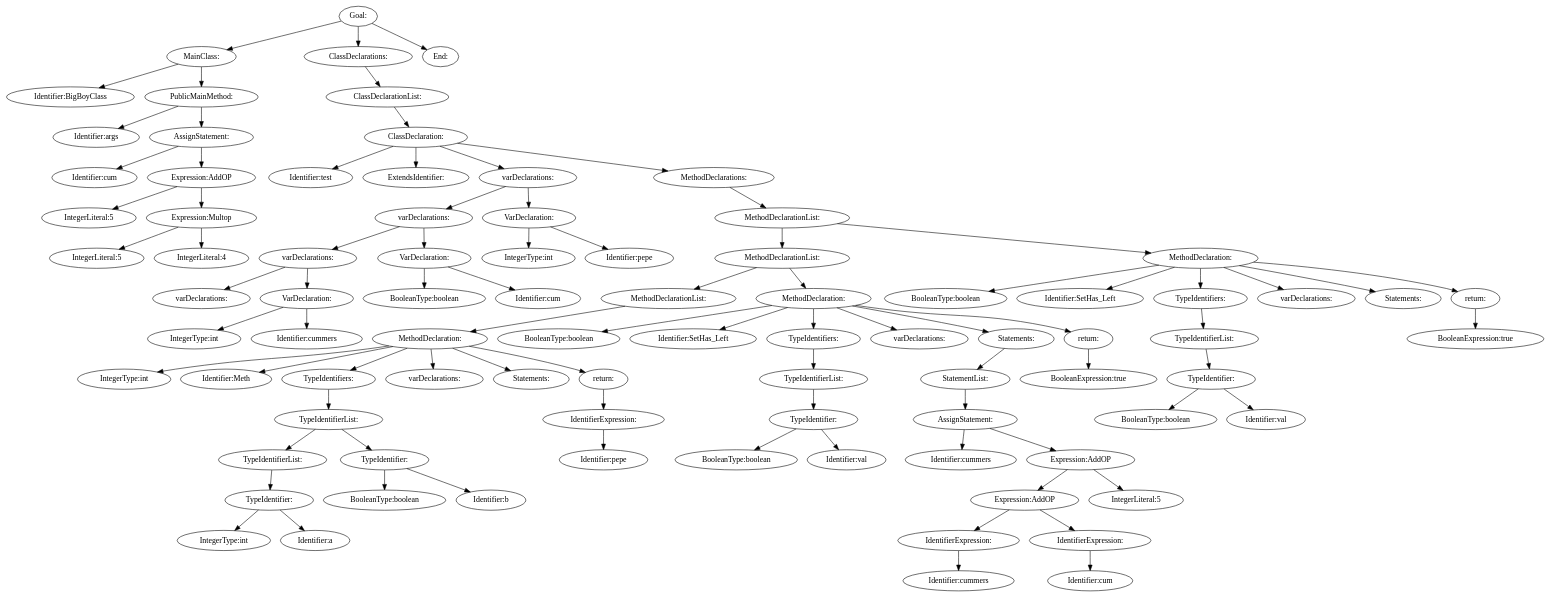
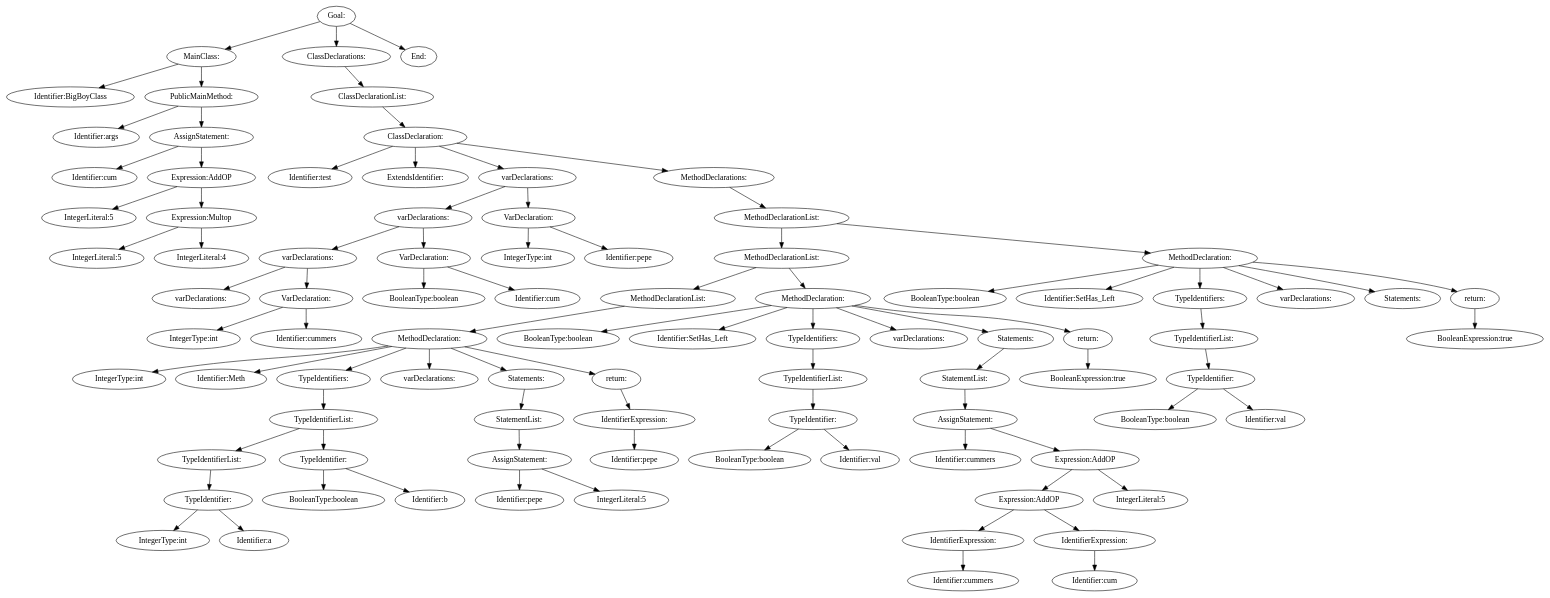
One commit to DingusDungus/kompilator2 changed the diagram in semantic/tree.dot. Above: the diagram before and after it, drawn with Graphviz. The commit also changed 4 other files, not shown here.

```diff
--- a/semantic/tree.dot
+++ b/semantic/tree.dot
@@ -1,173 +1,181 @@
 digraph {
 n0 [label="Goal:"];
 n1 [label="MainClass:"];
 n2 [label="Identifier:BigBoyClass"];
 n1 -> n2
 n3 [label="PublicMainMethod:"];
 n4 [label="Identifier:args"];
 n3 -> n4
 n5 [label="AssignStatement:"];
 n6 [label="Identifier:cum"];
 n5 -> n6
 n7 [label="Expression:AddOP"];
 n8 [label="IntegerLiteral:5"];
 n7 -> n8
 n9 [label="Expression:Multop"];
 n10 [label="IntegerLiteral:5"];
 n9 -> n10
 n11 [label="IntegerLiteral:4"];
 n9 -> n11
 n7 -> n9
 n5 -> n7
 n3 -> n5
 n1 -> n3
 n0 -> n1
 n12 [label="ClassDeclarations:"];
 n13 [label="ClassDeclarationList:"];
 n14 [label="ClassDeclaration:"];
 n15 [label="Identifier:test"];
 n14 -> n15
 n16 [label="ExtendsIdentifier:"];
 n14 -> n16
 n17 [label="varDeclarations:"];
 n18 [label="varDeclarations:"];
 n19 [label="varDeclarations:"];
 n20 [label="varDeclarations:"];
 n19 -> n20
 n21 [label="VarDeclaration:"];
 n22 [label="IntegerType:int"];
 n21 -> n22
 n23 [label="Identifier:cummers"];
 n21 -> n23
 n19 -> n21
 n18 -> n19
 n24 [label="VarDeclaration:"];
 n25 [label="BooleanType:boolean"];
 n24 -> n25
 n26 [label="Identifier:cum"];
 n24 -> n26
 n18 -> n24
 n17 -> n18
 n27 [label="VarDeclaration:"];
 n28 [label="IntegerType:int"];
 n27 -> n28
 n29 [label="Identifier:pepe"];
 n27 -> n29
 n17 -> n27
 n14 -> n17
 n30 [label="MethodDeclarations:"];
 n31 [label="MethodDeclarationList:"];
 n32 [label="MethodDeclarationList:"];
 n33 [label="MethodDeclarationList:"];
 n34 [label="MethodDeclaration:"];
 n35 [label="IntegerType:int"];
 n34 -> n35
 n36 [label="Identifier:Meth"];
 n34 -> n36
 n37 [label="TypeIdentifiers:"];
 n38 [label="TypeIdentifierList:"];
 n39 [label="TypeIdentifierList:"];
 n40 [label="TypeIdentifier:"];
 n41 [label="IntegerType:int"];
 n40 -> n41
 n42 [label="Identifier:a"];
 n40 -> n42
 n39 -> n40
 n38 -> n39
 n43 [label="TypeIdentifier:"];
 n44 [label="BooleanType:boolean"];
 n43 -> n44
 n45 [label="Identifier:b"];
 n43 -> n45
 n38 -> n43
 n37 -> n38
 n34 -> n37
 n46 [label="varDeclarations:"];
 n34 -> n46
 n47 [label="Statements:"];
-n34 -> n47
-n48 [label="return:"];
-n49 [label="IdentifierExpression:"];
+n48 [label="StatementList:"];
+n49 [label="AssignStatement:"];
 n50 [label="Identifier:pepe"];
 n49 -> n50
+n51 [label="IntegerLiteral:5"];
+n49 -> n51
 n48 -> n49
-n34 -> n48
+n47 -> n48
+n34 -> n47
+n52 [label="return:"];
+n53 [label="IdentifierExpression:"];
+n54 [label="Identifier:pepe"];
+n53 -> n54
+n52 -> n53
+n34 -> n52
 n33 -> n34
 n32 -> n33
-n51 [label="MethodDeclaration:"];
-n52 [label="BooleanType:boolean"];
-n51 -> n52
-n53 [label="Identifier:SetHas_Left"];
-n51 -> n53
-n54 [label="TypeIdentifiers:"];
-n55 [label="TypeIdentifierList:"];
-n56 [label="TypeIdentifier:"];
-n57 [label="BooleanType:boolean"];
-n56 -> n57
-n58 [label="Identifier:val"];
-n56 -> n58
+n55 [label="MethodDeclaration:"];
+n56 [label="BooleanType:boolean"];
 n55 -> n56
-n54 -> n55
-n51 -> n54
-n59 [label="varDeclarations:"];
-n51 -> n59
-n60 [label="Statements:"];
-n61 [label="StatementList:"];
-n62 [label="AssignStatement:"];
-n63 [label="Identifier:cummers"];
-n62 -> n63
-n64 [label="Expression:AddOP"];
-n65 [label="Expression:AddOP"];
-n66 [label="IdentifierExpression:"];
+n57 [label="Identifier:SetHas_Left"];
+n55 -> n57
+n58 [label="TypeIdentifiers:"];
+n59 [label="TypeIdentifierList:"];
+n60 [label="TypeIdentifier:"];
+n61 [label="BooleanType:boolean"];
+n60 -> n61
+n62 [label="Identifier:val"];
+n60 -> n62
+n59 -> n60
+n58 -> n59
+n55 -> n58
+n63 [label="varDeclarations:"];
+n55 -> n63
+n64 [label="Statements:"];
+n65 [label="StatementList:"];
+n66 [label="AssignStatement:"];
 n67 [label="Identifier:cummers"];
 n66 -> n67
+n68 [label="Expression:AddOP"];
+n69 [label="Expression:AddOP"];
+n70 [label="IdentifierExpression:"];
+n71 [label="Identifier:cummers"];
+n70 -> n71
+n69 -> n70
+n72 [label="IdentifierExpression:"];
+n73 [label="Identifier:cum"];
+n72 -> n73
+n69 -> n72
+n68 -> n69
+n74 [label="IntegerLiteral:5"];
+n68 -> n74
+n66 -> n68
 n65 -> n66
-n68 [label="IdentifierExpression:"];
-n69 [label="Identifier:cum"];
-n68 -> n69
-n65 -> n68
 n64 -> n65
-n70 [label="IntegerLiteral:5"];
-n64 -> n70
-n62 -> n64
-n61 -> n62
-n60 -> n61
-n51 -> n60
-n71 [label="return:"];
-n72 [label="BooleanExpression:true"];
-n71 -> n72
-n51 -> n71
-n32 -> n51
+n55 -> n64
+n75 [label="return:"];
+n76 [label="BooleanExpression:true"];
+n75 -> n76
+n55 -> n75
+n32 -> n55
 n31 -> n32
-n73 [label="MethodDeclaration:"];
-n74 [label="BooleanType:boolean"];
-n73 -> n74
-n75 [label="Identifier:SetHas_Left"];
-n73 -> n75
-n76 [label="TypeIdentifiers:"];
-n77 [label="TypeIdentifierList:"];
-n78 [label="TypeIdentifier:"];
-n79 [label="BooleanType:boolean"];
-n78 -> n79
-n80 [label="Identifier:val"];
-n78 -> n80
+n77 [label="MethodDeclaration:"];
+n78 [label="BooleanType:boolean"];
 n77 -> n78
-n76 -> n77
-n73 -> n76
-n81 [label="varDeclarations:"];
-n73 -> n81
-n82 [label="Statements:"];
-n73 -> n82
-n83 [label="return:"];
-n84 [label="BooleanExpression:true"];
-n83 -> n84
-n73 -> n83
-n31 -> n73
+n79 [label="Identifier:SetHas_Left"];
+n77 -> n79
+n80 [label="TypeIdentifiers:"];
+n81 [label="TypeIdentifierList:"];
+n82 [label="TypeIdentifier:"];
+n83 [label="BooleanType:boolean"];
+n82 -> n83
+n84 [label="Identifier:val"];
+n82 -> n84
+n81 -> n82
+n80 -> n81
+n77 -> n80
+n85 [label="varDeclarations:"];
+n77 -> n85
+n86 [label="Statements:"];
+n77 -> n86
+n87 [label="return:"];
+n88 [label="BooleanExpression:true"];
+n87 -> n88
+n77 -> n87
+n31 -> n77
 n30 -> n31
 n14 -> n30
 n13 -> n14
 n12 -> n13
 n0 -> n12
-n85 [label="End:"];
-n0 -> n85
+n89 [label="End:"];
+n0 -> n89
 }
```
